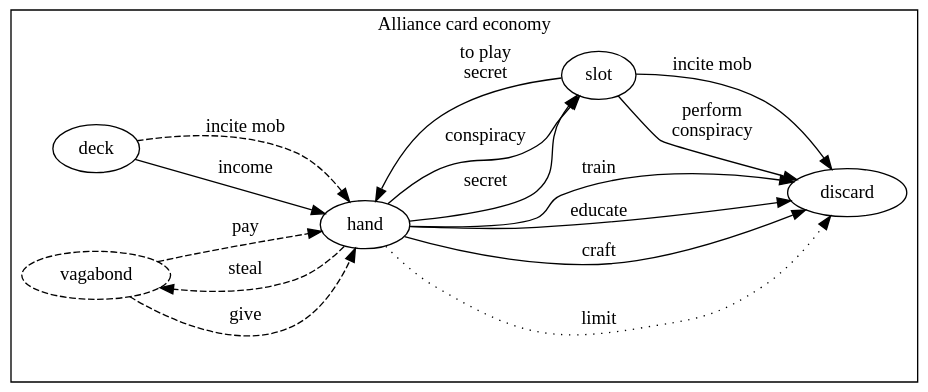
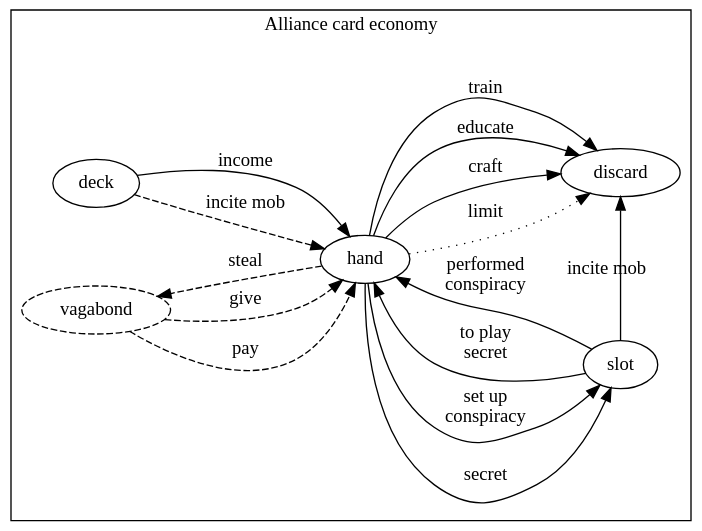
One commit to krawaller/root changed the diagram in diagrams/alliance-cards.dot. Above: the diagram before and after it, drawn with Graphviz. The commit also changed 1 other file, not shown here.

Commit message:
alliance card conspiracy fix

```diff
--- a/diagrams/alliance-cards.dot
+++ b/diagrams/alliance-cards.dot
@@ -1,38 +1,39 @@
 digraph {
   rankdir = LR;
   bgcolor = transparent;
 
   subgraph cluster_alliancecards {
 
     label = "Alliance card economy"
 
     deck -> hand [label="income"]
 
     hand -> discard [label="limit" style=dotted]
 
     hand -> discard [label="craft"]
 
     hand -> discard [label="educate"]
 
     hand -> discard [label="train"]
 
     slot -> hand [label="to play\nsecret"]
 
     hand -> slot [label="secret"]
 
-    hand -> slot [label="conspiracy"]
+    hand -> slot [label="set up\nconspiracy"]
 
-    slot -> discard [label="perform\nconspiracy"]
+    slot -> hand [label="performed\nconspiracy"]
 
     slot -> discard [label="incite mob"]
 
     deck -> hand [label="incite mob" style=dashed]
 
     vagabond [style=dashed]
     vagabond -> hand [label="pay" style=dashed]
     vagabond -> hand [label="give" style=dashed]
     hand -> vagabond [label="steal" style=dashed]
 
     {rank=same; deck, vagabond}
+    {rank=same; slot, discard}
   }
 }
```
